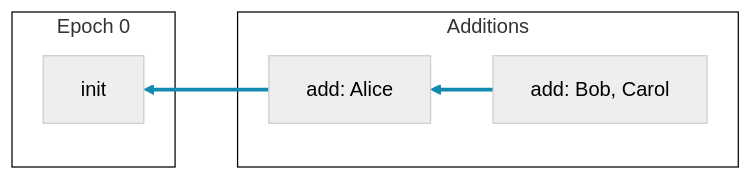
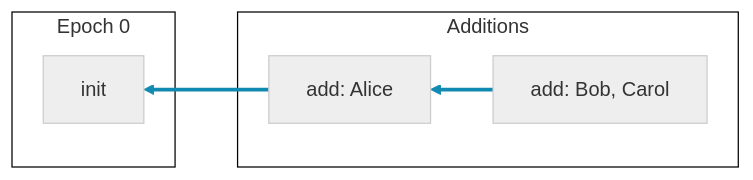
One commit to ssbc/ssb-group-exclusion-spec changed diagram 12 of 15 in README.md. Above: the diagram before and after it, drawn with Mermaid (neutral theme). The commit also changed other lines of this file, not shown here.

````diff
--- a/README.md
+++ b/README.md
@@ -632,19 +632,19 @@
 ```mermaid
 flowchart RL
 
 subgraph Additions
   0_add_0[add: Alice]
   0_add_1[add: Bob, Carol]
 end
 
 subgraph epoch_0[Epoch 0]
   0_init[init]
 end
 
 %% members tangle - epoch 0
 0_add_1 --> 0_add_0 --> 0_init
 linkStyle 0,1 stroke:#118AB2,stroke-width:3;
 
-classDef default stroke:#ccc,fill:#eee;
+classDef default stroke:#ccc,fill:#eee,color:#333;
 classDef cluster fill:#fff,stroke:#000,color:#333;
 ```
````
